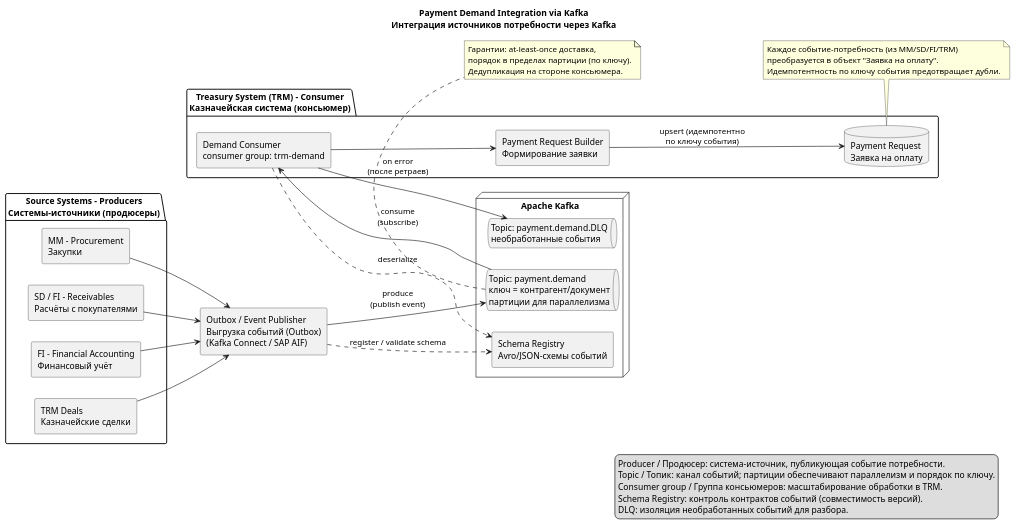
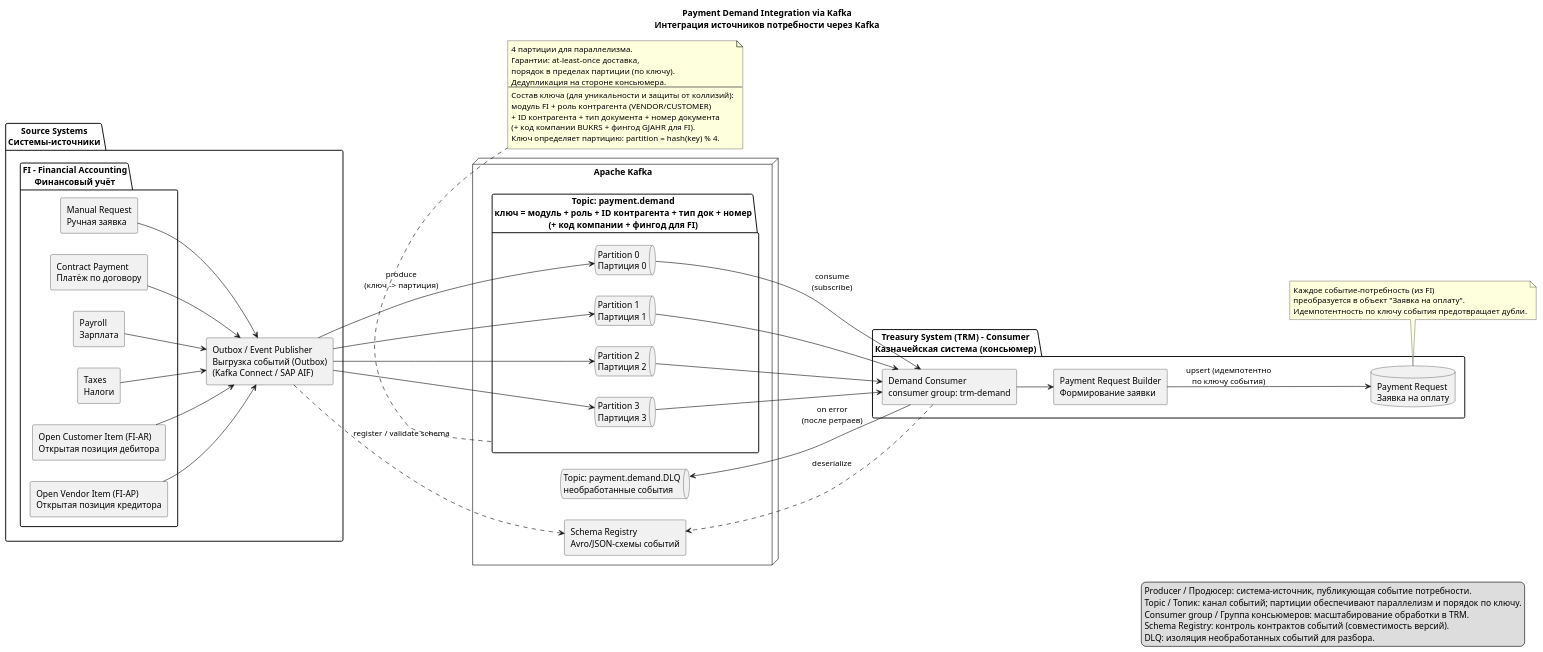
The diagram in Интеграция_Kafka.PlantUml (MaratDevOps/TMS), drawn with PlantUML before and after one commit. The commit also changed 3 other files, not shown here.

```diff
--- a/Интеграция_Kafka.PlantUml
+++ b/Интеграция_Kafka.PlantUml
@@ -1,67 +1,91 @@
 @startuml Payment Demand Integration via Kafka
 title Payment Demand Integration via Kafka\nИнтеграция источников потребности через Kafka
 
 skinparam componentStyle rectangle
 left to right direction
 
-package "Source Systems - Producers\nСистемы-источники (продюсеры)" {
-    [MM - Procurement\nЗакупки] as MM
-    [SD / FI - Receivables\nРасчёты с покупателями] as SD
-    [FI - Financial Accounting\nФинансовый учёт] as FI
-    [TRM Deals\nКазначейские сделки] as TRMSRC
+package "Source Systems\nСистемы-источники" {
+    package "FI - Financial Accounting\nФинансовый учёт" {
+        [Open Vendor Item (FI-AP)\nОткрытая позиция кредитора] as FIAP
+        [Open Customer Item (FI-AR)\nОткрытая позиция дебитора] as FIAR
+        [Taxes\nНалоги] as TAX
+        [Payroll\nЗарплата] as PAYROLL
+        [Contract Payment\nПлатёж по договору] as CONTRACT
+        [Manual Request\nРучная заявка] as MANUAL
+    }
+
+    [Outbox / Event Publisher\nВыгрузка событий (Outbox)\n(Kafka Connect / SAP AIF)] as OUTBOX
 }
 
-[Outbox / Event Publisher\nВыгрузка событий (Outbox)\n(Kafka Connect / SAP AIF)] as OUTBOX
-
 node "Apache Kafka" {
-    queue "Topic: payment.demand\nключ = контрагент/документ\nпартиции для параллелизма" as T1
+    package "Topic: payment.demand\nключ = модуль + роль + ID контрагента + тип док + номер\n(+ код компании + фингод для FI)" as TOPIC {
+        queue "Partition 0\nПартиция 0" as P0
+        queue "Partition 1\nПартиция 1" as P1
+        queue "Partition 2\nПартиция 2" as P2
+        queue "Partition 3\nПартиция 3" as P3
+    }
     queue "Topic: payment.demand.DLQ\nнеобработанные события" as DLQ
     [Schema Registry\nAvro/JSON-схемы событий] as SR
 }
 
 package "Treasury System (TRM) - Consumer\nКазначейская система (консьюмер)" {
     [Demand Consumer\nconsumer group: trm-demand] as CONS
     [Payment Request Builder\nФормирование заявки] as PRB
     database "Payment Request\nЗаявка на оплату" as PR
 }
 
 ' --- Публикация событий ---
-MM --> OUTBOX
-SD --> OUTBOX
-FI --> OUTBOX
-TRMSRC --> OUTBOX
-OUTBOX --> T1 : produce\n(publish event)
+FIAP --> OUTBOX
+FIAR --> OUTBOX
+TAX --> OUTBOX
+PAYROLL --> OUTBOX
+CONTRACT --> OUTBOX
+MANUAL --> OUTBOX
+OUTBOX --> P0 : produce\n(ключ -> партиция)
+OUTBOX --> P1
+OUTBOX --> P2
+OUTBOX --> P3
 
 ' --- Контракты схем ---
 OUTBOX ..> SR : register / validate schema
 CONS ..> SR : deserialize
 
 ' --- Потребление ---
-T1 --> CONS : consume\n(subscribe)
+P0 --> CONS : consume\n(subscribe)
+P1 --> CONS
+P2 --> CONS
+P3 --> CONS
 CONS --> PRB
 PRB --> PR : upsert (идемпотентно\nпо ключу события)
 
 ' --- Обработка ошибок ---
 CONS --> DLQ : on error\n(после ретраев)
 
-note bottom of T1
+note bottom of TOPIC
+  4 партиции для параллелизма.
   Гарантии: at-least-once доставка,
   порядок в пределах партиции (по ключу).
   Дедупликация на стороне консьюмера.
+  --
+  Состав ключа (для уникальности и защиты от коллизий):
+  модуль FI + роль контрагента (VENDOR/CUSTOMER)
+  + ID контрагента + тип документа + номер документа
+  (+ код компании BUKRS + фингод GJAHR для FI).
+  Ключ определяет партицию: partition = hash(key) % 4.
 end note
 
 note bottom of PR
-  Каждое событие-потребность (из MM/SD/FI/TRM)
+  Каждое событие-потребность (из FI)
   преобразуется в объект "Заявка на оплату".
   Идемпотентность по ключу события предотвращает дубли.
 end note
 
 legend right
   Producer / Продюсер: система-источник, публикующая событие потребности.
   Topic / Топик: канал событий; партиции обеспечивают параллелизм и порядок по ключу.
   Consumer group / Группа консьюмеров: масштабирование обработки в TRM.
   Schema Registry: контроль контрактов событий (совместимость версий).
   DLQ: изоляция необработанных событий для разбора.
 endlegend
 
 @enduml
```
